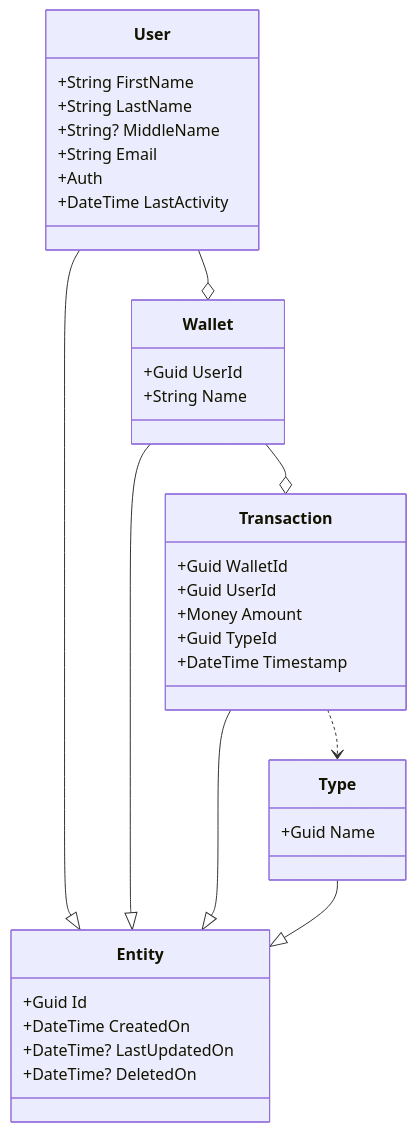
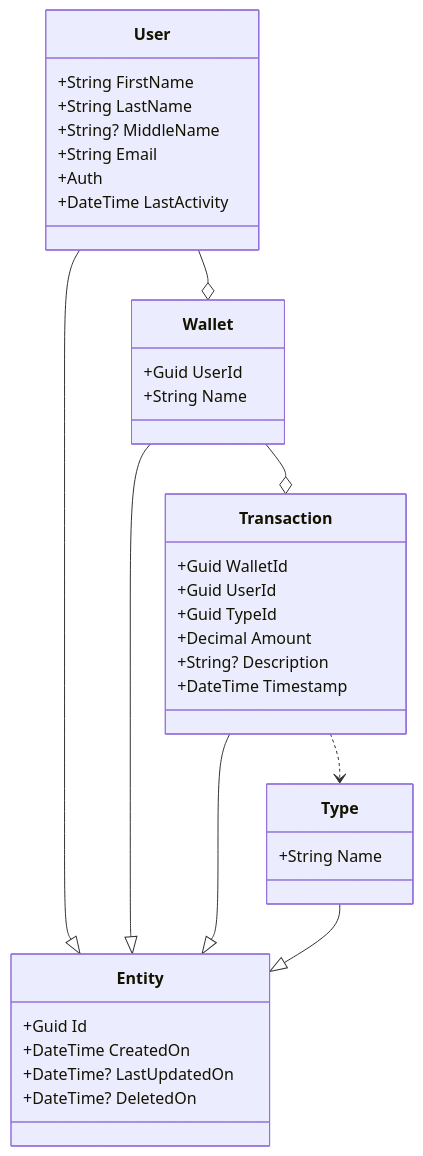
The diagram in docs/DbSchema.md (EnsyFane/MoneyHelp), drawn with Mermaid before and after one commit. The commit also changed 38 other files, not shown here.

````diff
--- a/docs/DbSchema.md
+++ b/docs/DbSchema.md
@@ -1,47 +1,48 @@
 ```mermaid
 classDiagram
 
 class Entity {
     +Guid Id
     +DateTime CreatedOn
     +DateTime? LastUpdatedOn
     +DateTime? DeletedOn
 }
 
 User --|> Entity
 
 class User {
     +String FirstName
     +String LastName
     +String? MiddleName
     +String Email
     +Auth
     +DateTime LastActivity
 }
 
 User --o Wallet
 Wallet --|> Entity
 
 class Wallet {
     +Guid UserId
     +String Name
 }
 
 Wallet --o Transaction
 Transaction --|> Entity
 
 class Transaction {
     +Guid WalletId
     +Guid UserId
-    +Money Amount
     +Guid TypeId
+    +Decimal Amount
+    +String? Description
     +DateTime Timestamp
 }
 
 Transaction ..> Type
 Type --|> Entity
 
 class Type {
-    +Guid Name
+    +String Name
 }
 ```
````
